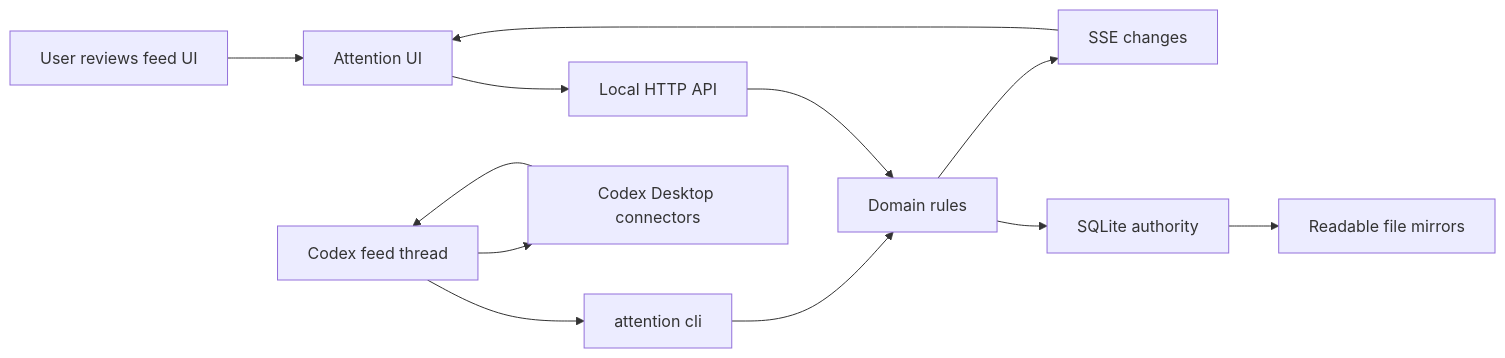
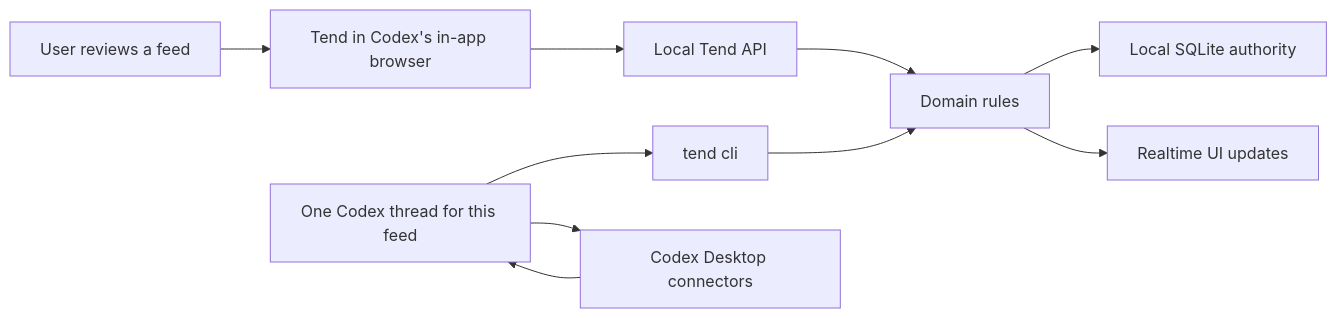
Before and after one commit to EveryInc/tend: the diagram in README.md, drawn with Mermaid. The commit also changed other lines of this file and 39 other files, not shown here.

Commit message:
feat: make Tend onboarding Codex-native

````diff
--- a/README.md
+++ b/README.md
@@ -19,15 +22,12 @@
 ```mermaid
 flowchart LR
-  User["User reviews feed UI"] --> UI["Attention UI"]
-  UI --> API["Local HTTP API"]
+  User["User reviews a feed"] --> UI["Tend in Codex's in-app browser"]
+  UI --> API["Local Tend API"]
   API --> Domain["Domain rules"]
-  Domain --> DB["SQLite authority"]
-  DB --> Mirrors["Readable file mirrors"]
-  Domain --> Events["SSE changes"]
-  Events --> UI
-
-  Thread["Codex feed thread"] --> CLI["attention cli"]
+  Domain --> DB["Local SQLite authority"]
+  Domain --> Events["Realtime UI updates"]
+  Thread["One Codex thread for this feed"] --> CLI["tend cli"]
   CLI --> Domain
   Thread --> Connectors["Codex Desktop connectors"]
   Connectors --> Thread
 ```
````
